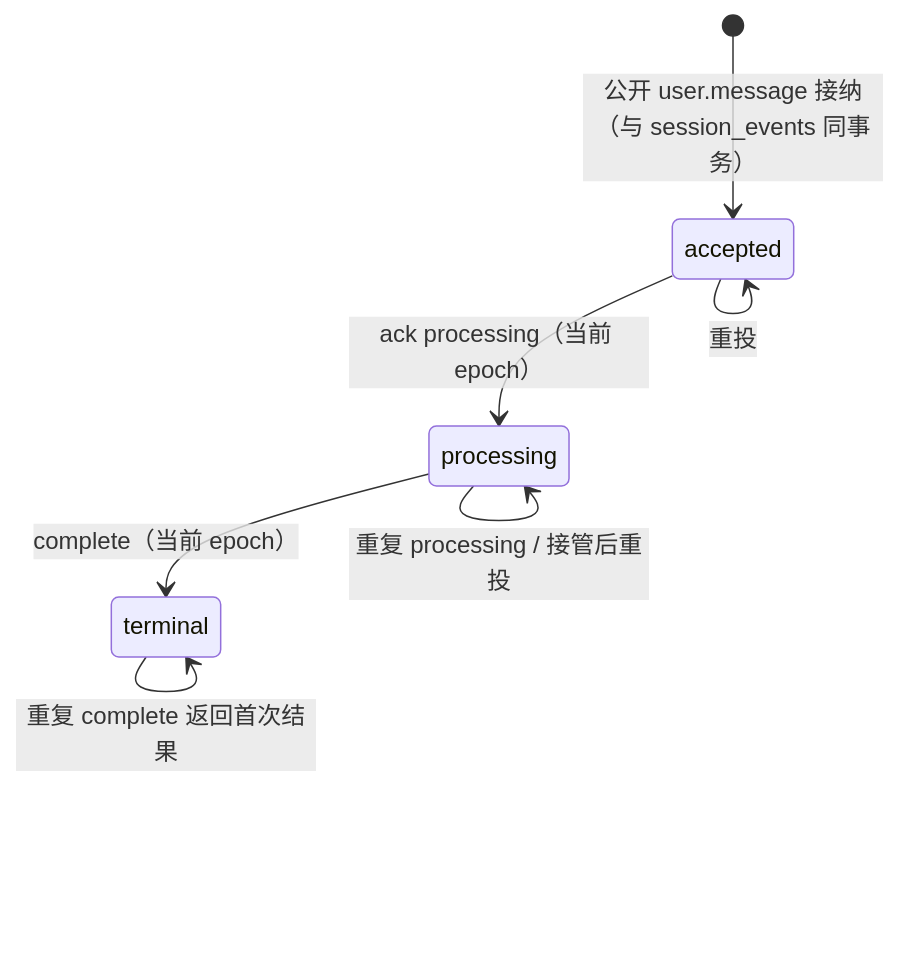
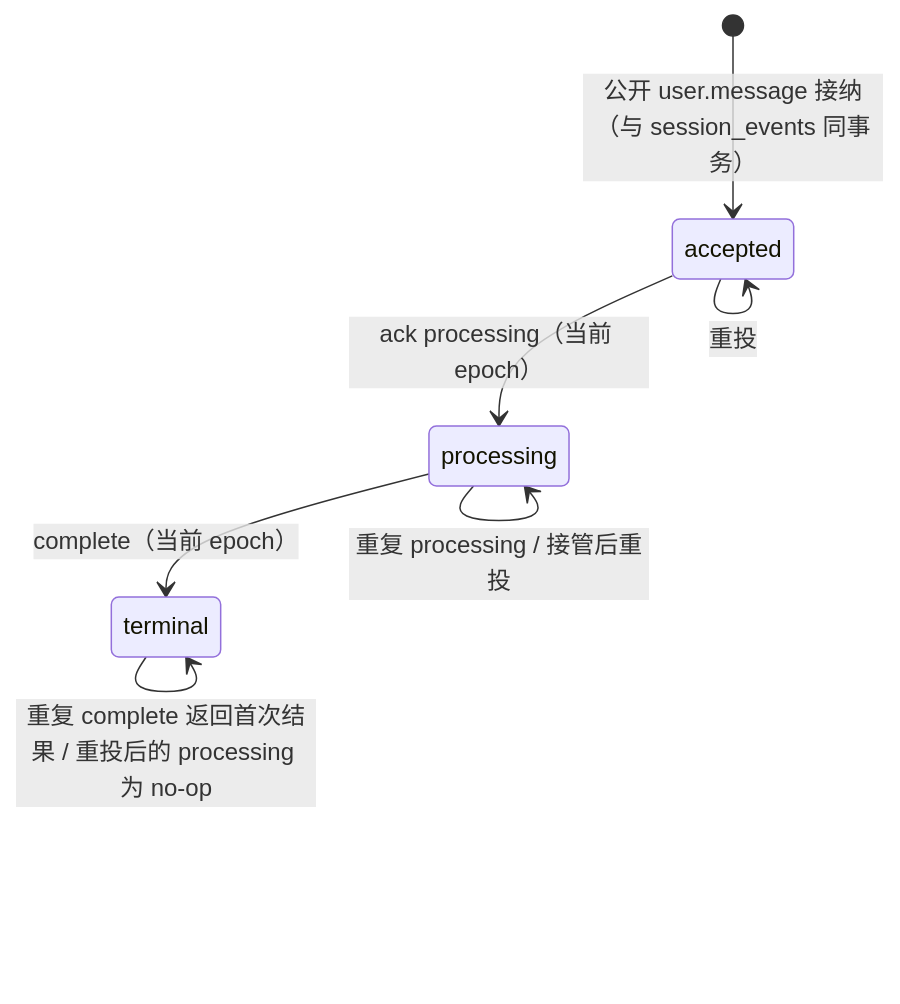
Before and after one commit to superduck-ai/open-managed-agents: the second of 3 diagrams in docs/design/be/dsrv1/protocol.md, drawn with Mermaid. The commit also changed other lines of this file, not shown here.

First line of the commit message:
docs(dsr): close takeover, terminal retry and migration gaps in DSRv1 draft

````diff
--- a/docs/design/be/dsrv1/protocol.md
+++ b/docs/design/be/dsrv1/protocol.md
@@ -483,9 +509,9 @@
 ```mermaid
 stateDiagram-v2
     [*] --> accepted: 公开 user.message 接纳（与 session_events 同事务）
     accepted --> processing: ack processing（当前 epoch）
     processing --> terminal: complete（当前 epoch）
     accepted --> accepted: 重投
     processing --> processing: 重复 processing / 接管后重投
-    terminal --> terminal: 重复 complete 返回首次结果
+    terminal --> terminal: 重复 complete 返回首次结果 / 重投后的 processing 为 no-op
 ```
````
